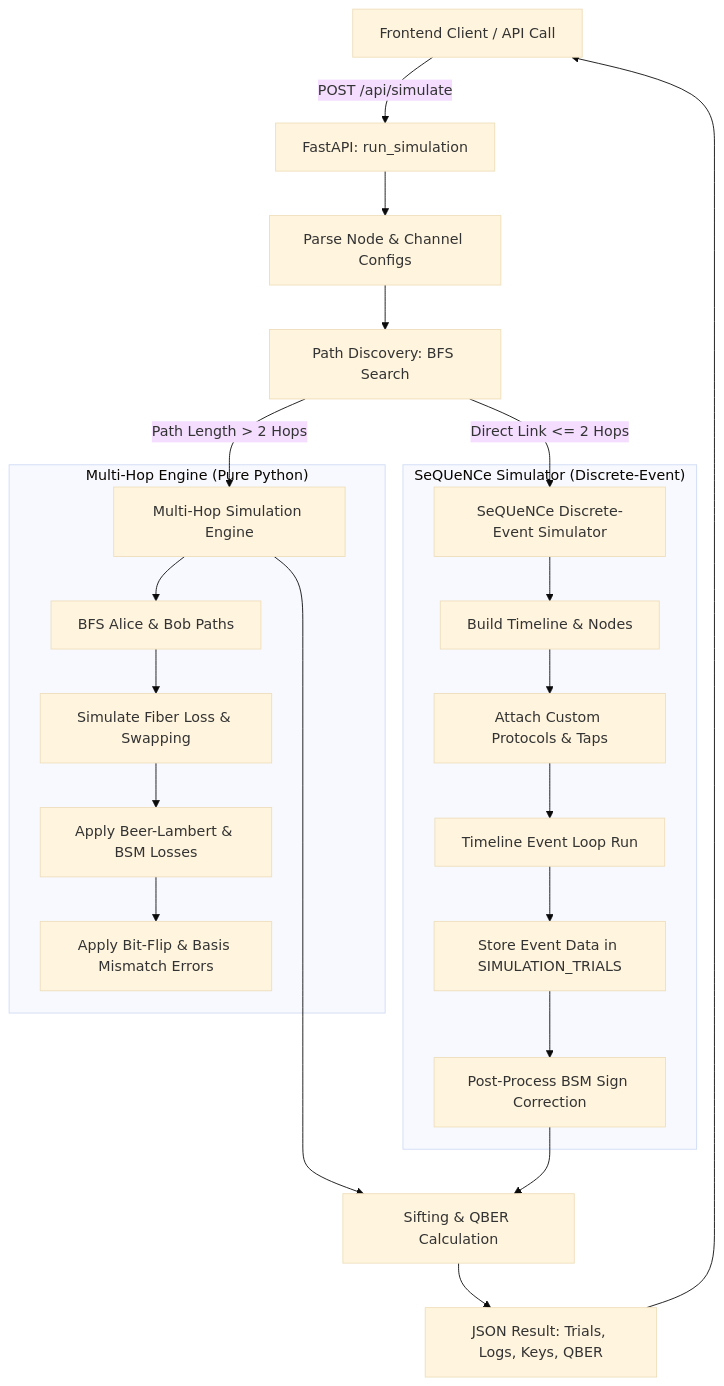
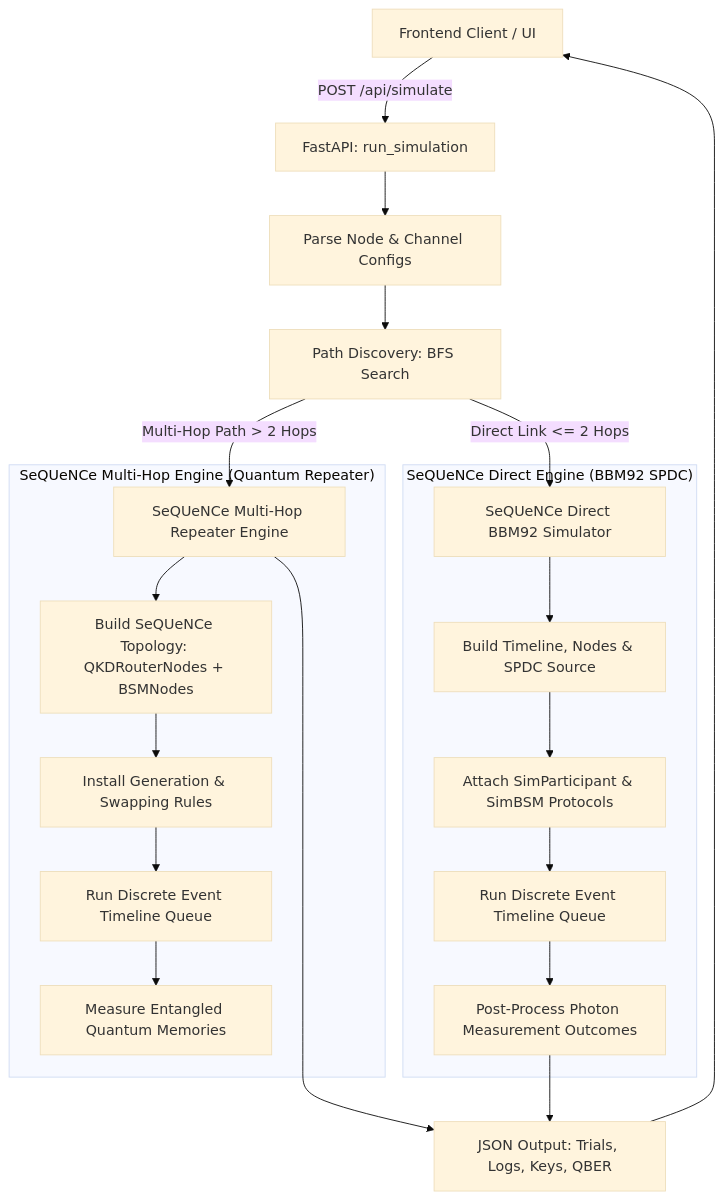
Before and after one commit to Princekumarofficial/quantum-qkd: the diagram in backend/README.md, drawn with Mermaid (base theme). The commit also changed other lines of this file and 4 other files, not shown here.

Commit message:
use sequence components on for repeater network

````diff
--- a/backend/README.md
+++ b/backend/README.md
@@ -13,29 +13,27 @@
 ```mermaid
 graph TD
-    Client[Frontend Client / API Call] -->|POST /api/simulate| API[FastAPI: run_simulation]
+    Client[Frontend Client / UI] -->|POST /api/simulate| API[FastAPI: run_simulation]
     API --> Parse[Parse Node & Channel Configs]
     Parse --> PathFind[Path Discovery: BFS Search]
     
-    PathFind -->|Path Length > 2 Hops| MultiHop[Multi-Hop Simulation Engine]
-    PathFind -->|Direct Link <= 2 Hops| SeqSim[SeQUeNCe Discrete-Event Simulator]
+    PathFind -->|Multi-Hop Path > 2 Hops| SeqMultiHop[SeQUeNCe Multi-Hop Repeater Engine]
+    PathFind -->|Direct Link <= 2 Hops| SeqDirect[SeQUeNCe Direct BBM92 Simulator]
     
-    subgraph "Multi-Hop Engine (Pure Python)"
-        MultiHop --> BFS[BFS Alice & Bob Paths]
-        BFS --> Chain[Simulate Fiber Loss & Swapping]
-        Chain --> Math[Apply Beer-Lambert & BSM Losses]
-        Math --> Err[Apply Bit-Flip & Basis Mismatch Errors]
+    subgraph "SeQUeNCe Multi-Hop Engine (Quantum Repeater)"
+        SeqMultiHop --> BuildTopo[Build SeQUeNCe Topology: QKDRouterNodes + BSMNodes]
+        BuildTopo --> Rules[Install Generation & Swapping Rules]
+        Rules --> TimelineRun[Run Discrete Event Timeline Queue]
+        TimelineRun --> Measure[Measure Entangled Quantum Memories]
     end
 
-    subgraph "SeQUeNCe Simulator (Discrete-Event)"
-        SeqSim --> Build[Build Timeline & Nodes]
-        Build --> Protocols[Attach Custom Protocols & Taps]
-        Protocols --> Run[Timeline Event Loop Run]
-        Run --> Register[Store Event Data in SIMULATION_TRIALS]
-        Register --> Correction[Post-Process BSM Sign Correction]
+    subgraph "SeQUeNCe Direct Engine (BBM92 SPDC)"
+        SeqDirect --> BuildDirect[Build Timeline, Nodes & SPDC Source]
+        BuildDirect --> Protocols[Attach SimParticipant & SimBSM Protocols]
+        Protocols --> RunTimeline[Run Discrete Event Timeline Queue]
+        RunTimeline --> PostProcess[Post-Process Photon Measurement Outcomes]
     end
     
-    MultiHop --> Post[Sifting & QBER Calculation]
-    Correction --> Post
-    Post --> Response[JSON Result: Trials, Logs, Keys, QBER]
+    SeqMultiHop --> Response[JSON Output: Trials, Logs, Keys, QBER]
+    PostProcess --> Response
     Response --> Client
 ```
````
